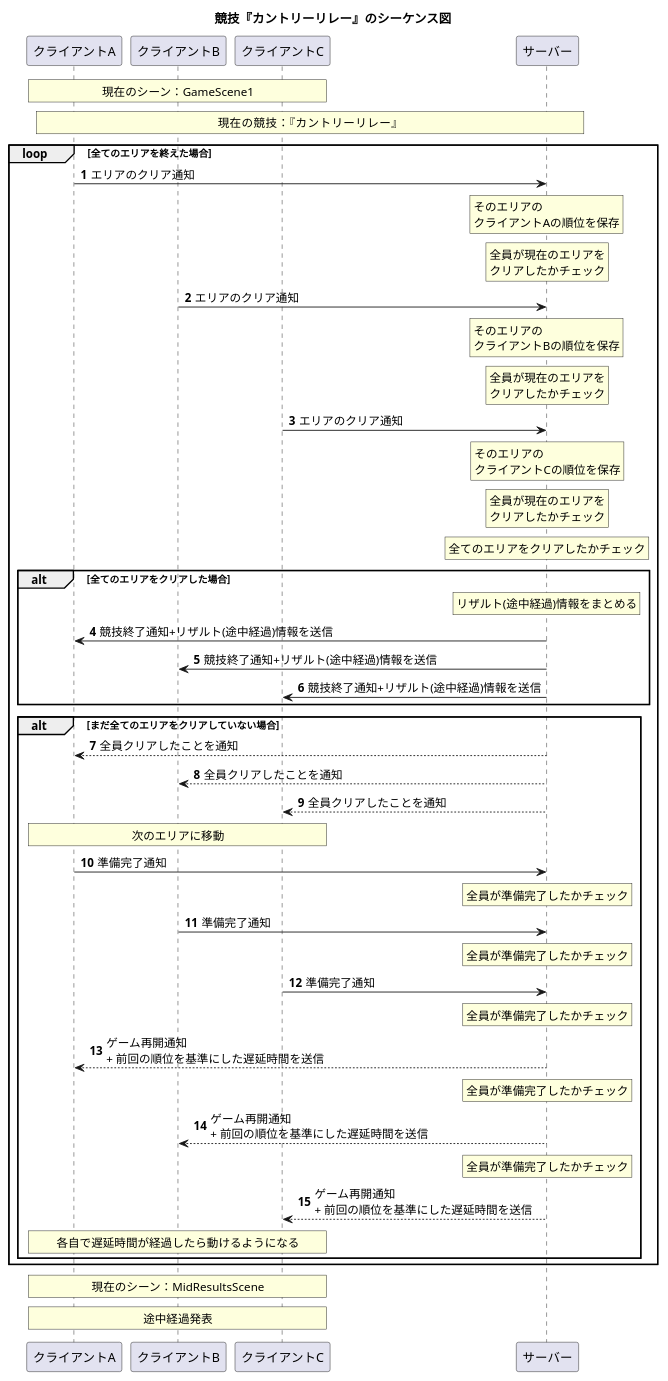
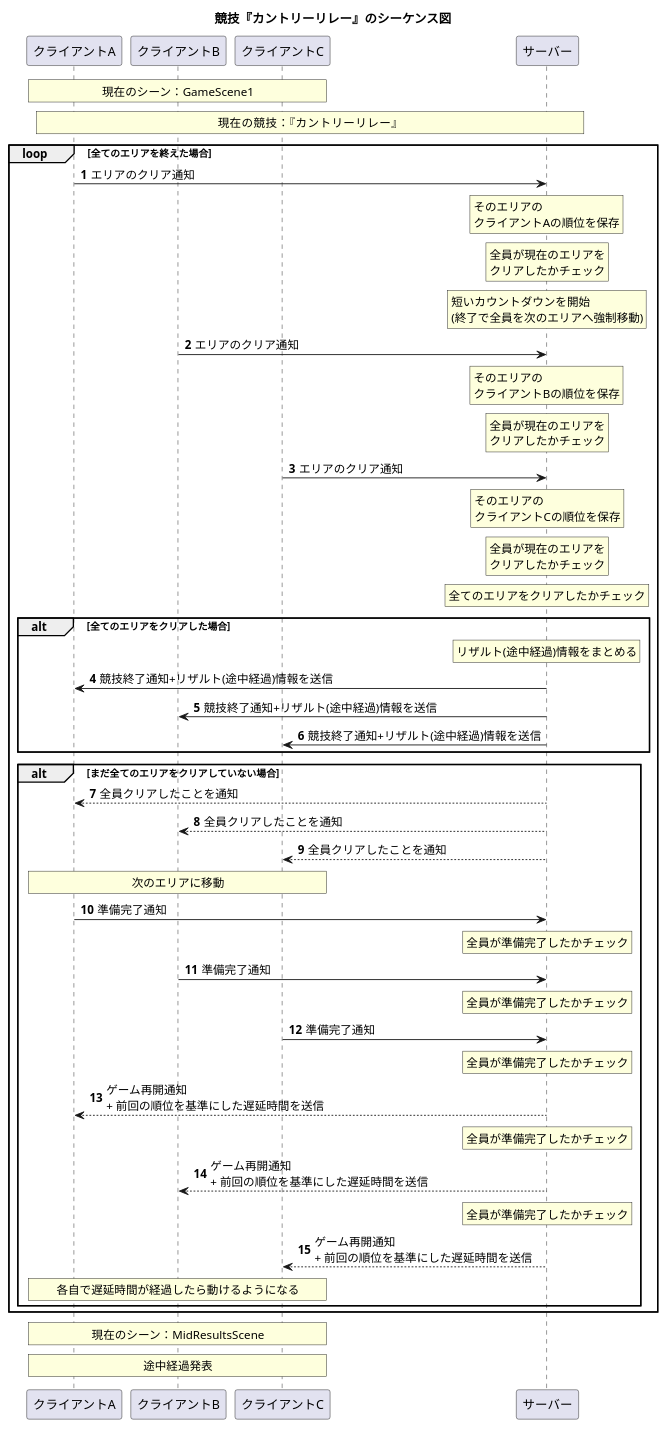
One commit to osaaaaaaaaaa/PlayingOutside changed the diagram in Document/07_競技『カントリーリレー』のシーケンス.puml. Above: the diagram before and after it, drawn with PlantUML. The commit also changed 10 other files, not shown here.

```diff
--- a/Document/07_競技『カントリーリレー』のシーケンス.puml
+++ b/Document/07_競技『カントリーリレー』のシーケンス.puml
@@ -1,58 +1,59 @@
 @startuml
 'https://plantuml.com/sequence-diagram
 
 
 participant クライアントA
 participant クライアントB
 participant クライアントC
 participant サーバー
 
 autonumber
 title 競技『カントリーリレー』のシーケンス図
 
 rnote over クライアントA,クライアントC:現在のシーン：GameScene1
 rnote over クライアントA,サーバー:現在の競技：『カントリーリレー』
 
 loop 全てのエリアを終えた場合
 クライアントA -> サーバー:エリアのクリア通知
 rnote over サーバー:そのエリアの\nクライアントAの順位を保存
 rnote over サーバー:全員が現在のエリアを\nクリアしたかチェック
+rnote over サーバー:短いカウントダウンを開始\n(終了で全員を次のエリアへ強制移動)
 クライアントB -> サーバー:エリアのクリア通知
 rnote over サーバー:そのエリアの\nクライアントBの順位を保存
 rnote over サーバー:全員が現在のエリアを\nクリアしたかチェック
 クライアントC -> サーバー:エリアのクリア通知
 rnote over サーバー:そのエリアの\nクライアントCの順位を保存
 rnote over サーバー:全員が現在のエリアを\nクリアしたかチェック
 rnote over サーバー:全てのエリアをクリアしたかチェック
 
 alt 全てのエリアをクリアした場合
 rnote over サーバー:リザルト(途中経過)情報をまとめる
 クライアントA <- サーバー:競技終了通知+リザルト(途中経過)情報を送信
 クライアントB <- サーバー:競技終了通知+リザルト(途中経過)情報を送信
 クライアントC <- サーバー:競技終了通知+リザルト(途中経過)情報を送信
 end
 alt まだ全てのエリアをクリアしていない場合
 
 クライアントA <-- サーバー:全員クリアしたことを通知
 クライアントB <-- サーバー:全員クリアしたことを通知
 クライアントC <-- サーバー:全員クリアしたことを通知
 rnote over クライアントA,クライアントC: 次のエリアに移動
 クライアントA -> サーバー:準備完了通知
 rnote over サーバー:全員が準備完了したかチェック
 クライアントB -> サーバー:準備完了通知
 rnote over サーバー:全員が準備完了したかチェック
 クライアントC -> サーバー:準備完了通知
 rnote over サーバー:全員が準備完了したかチェック
 クライアントA <-- サーバー:ゲーム再開通知\n+ 前回の順位を基準にした遅延時間を送信
 rnote over サーバー:全員が準備完了したかチェック
 クライアントB <-- サーバー:ゲーム再開通知\n+ 前回の順位を基準にした遅延時間を送信
 rnote over サーバー:全員が準備完了したかチェック
 クライアントC <-- サーバー:ゲーム再開通知\n+ 前回の順位を基準にした遅延時間を送信
 rnote over クライアントA,クライアントC: 各自で遅延時間が経過したら動けるようになる
 end
 end
 
 rnote over クライアントA,クライアントC:現在のシーン：MidResultsScene
 rnote over クライアントA,クライアントC:途中経過発表
 
 @enduml クライアントA
```
